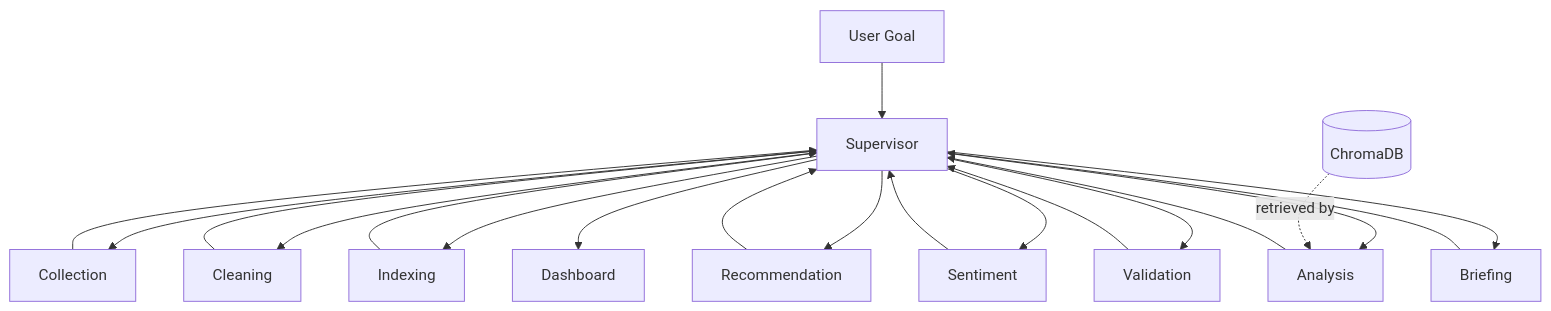
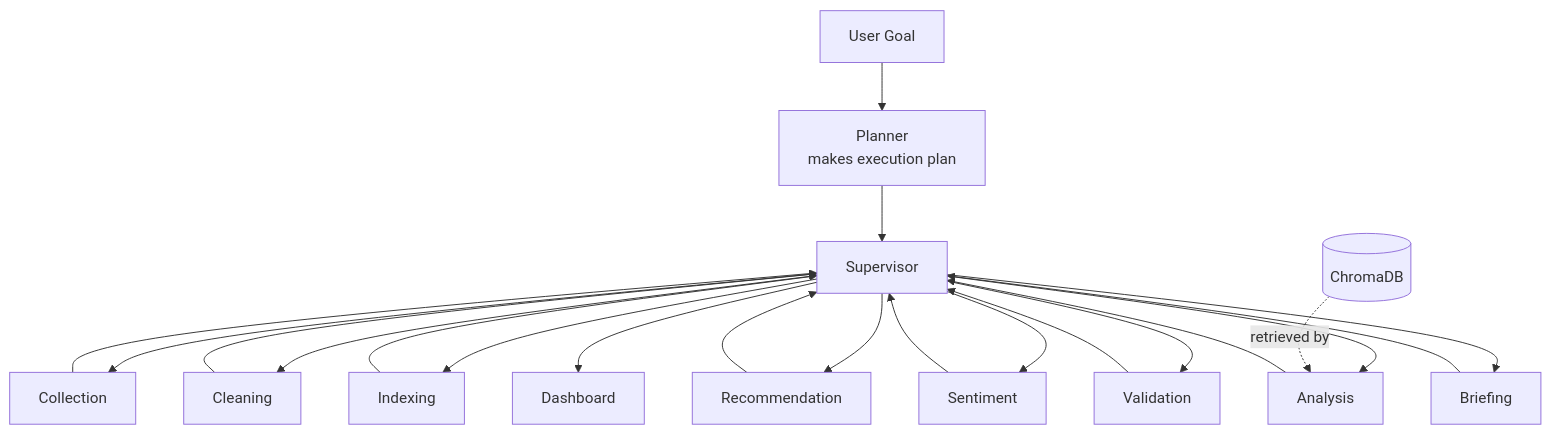
Before and after one commit to Prajwal-BasavarajS/Strategic-Intelligence-Agent-NLP: the first of 3 diagrams in README.md, drawn with Mermaid. The commit also changed other lines of this file and 8 other files, not shown here.

````diff
--- a/README.md
+++ b/README.md
@@ -17,26 +17,27 @@
 ```mermaid
 graph TD
-    GOAL[User Goal] --> SUP[Supervisor]
+    GOAL[User Goal] --> PLAN[Planner<br/>makes execution plan]
+    PLAN --> SUP[Supervisor]
 
     SUP --> COL[Collection]
     SUP --> CLN[Cleaning]
     SUP --> IDX[Indexing]
     SUP --> ANA[Analysis]
     SUP --> REC[Recommendation]
     SUP --> SEN[Sentiment]
     SUP --> VAL[Validation]
     SUP --> BRF[Briefing]
 
     COL --> SUP
     CLN --> SUP
     IDX --> SUP
     ANA --> SUP
     REC --> SUP
     SEN --> SUP
     VAL --> SUP
     BRF --> SUP
 
     SUP --> DASH[Dashboard]
 
     KB[(ChromaDB)] -.retrieved by.-> ANA
 ```
````
